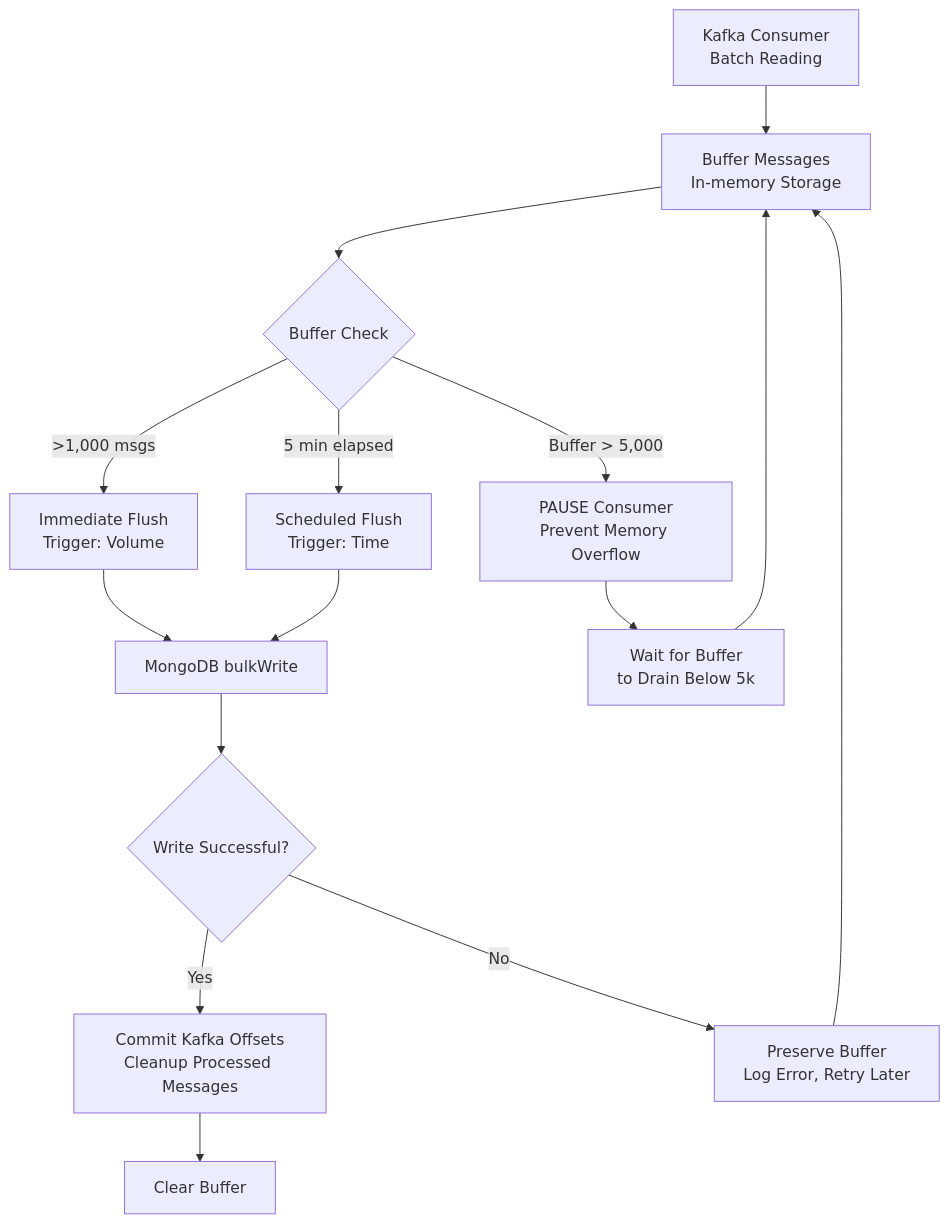
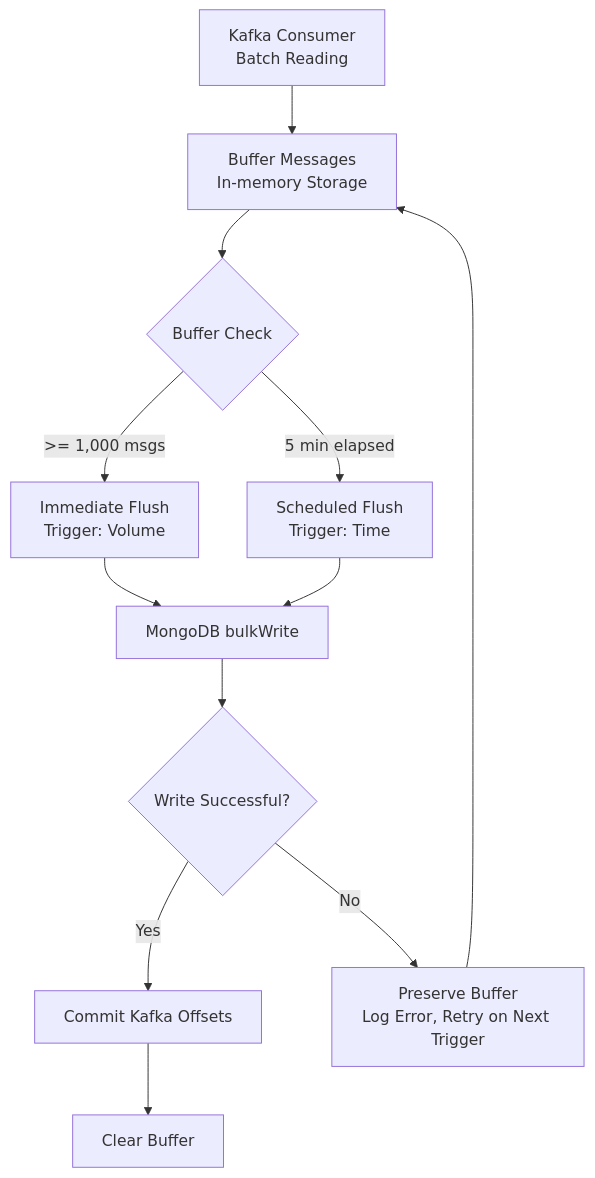
The third of 5 diagrams in docs/CHAT_PERSISTANCE_FLOW.md (shubharoydev/ai-chat-app), drawn with Mermaid before and after one commit. The commit also changed other lines of this file and 29 other files, not shown here.

````diff
--- a/docs/CHAT_PERSISTANCE_FLOW.md
+++ b/docs/CHAT_PERSISTANCE_FLOW.md
@@ -108,20 +108,17 @@
 ```mermaid
 flowchart TD
     A[Kafka Consumer<br/>Batch Reading] --> B[Buffer Messages<br/>In-memory Storage]
     
     B --> C{Buffer Check}
-    C -->|>1,000 msgs| D[Immediate Flush<br/>Trigger: Volume]
+    C -->|>= 1,000 msgs| D[Immediate Flush<br/>Trigger: Volume]
     C -->|5 min elapsed| E[Scheduled Flush<br/>Trigger: Time]
-    C -->|Buffer > 5,000| F[PAUSE Consumer<br/>Prevent Memory Overflow]
     
     D --> G[MongoDB bulkWrite]
     E --> G
-    F --> H[Wait for Buffer<br/>to Drain Below 5k]
-    H --> B
     
     G --> I{Write Successful?}
-    I -->|Yes| J[Commit Kafka Offsets<br/>Cleanup Processed Messages]
+    I -->|Yes| J[Commit Kafka Offsets]
     J --> K[Clear Buffer]
-    I -->|No| L[Preserve Buffer<br/>Log Error, Retry Later]
+    I -->|No| L[Preserve Buffer<br/>Log Error, Retry on Next Trigger]
     L --> B
 ```
````
